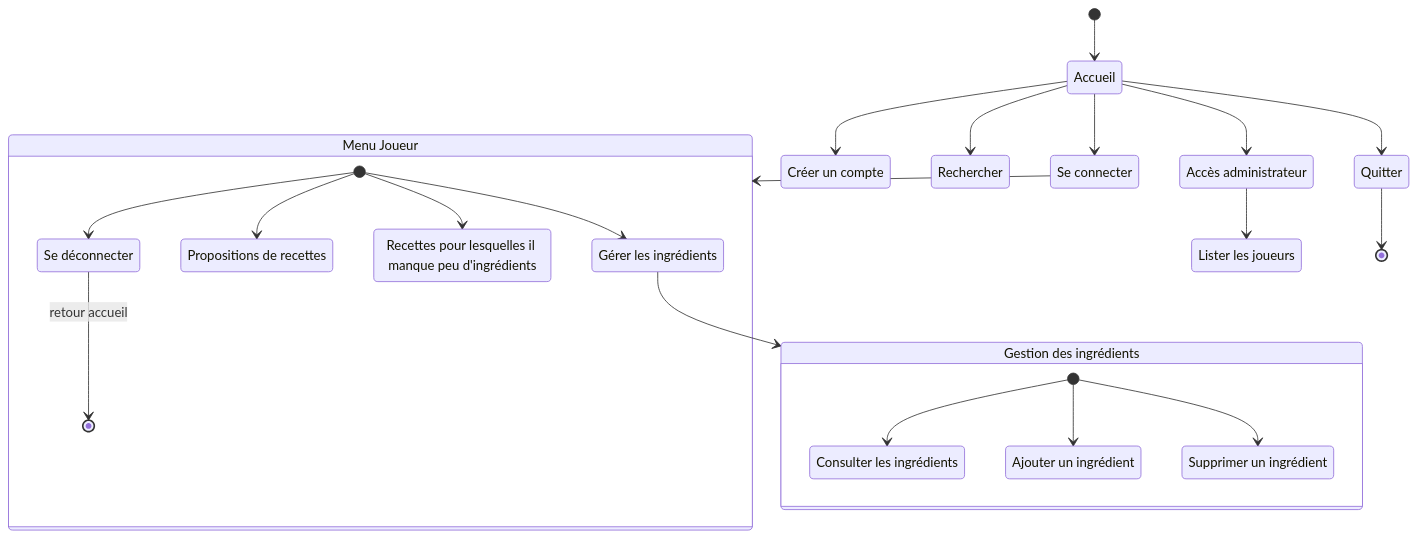
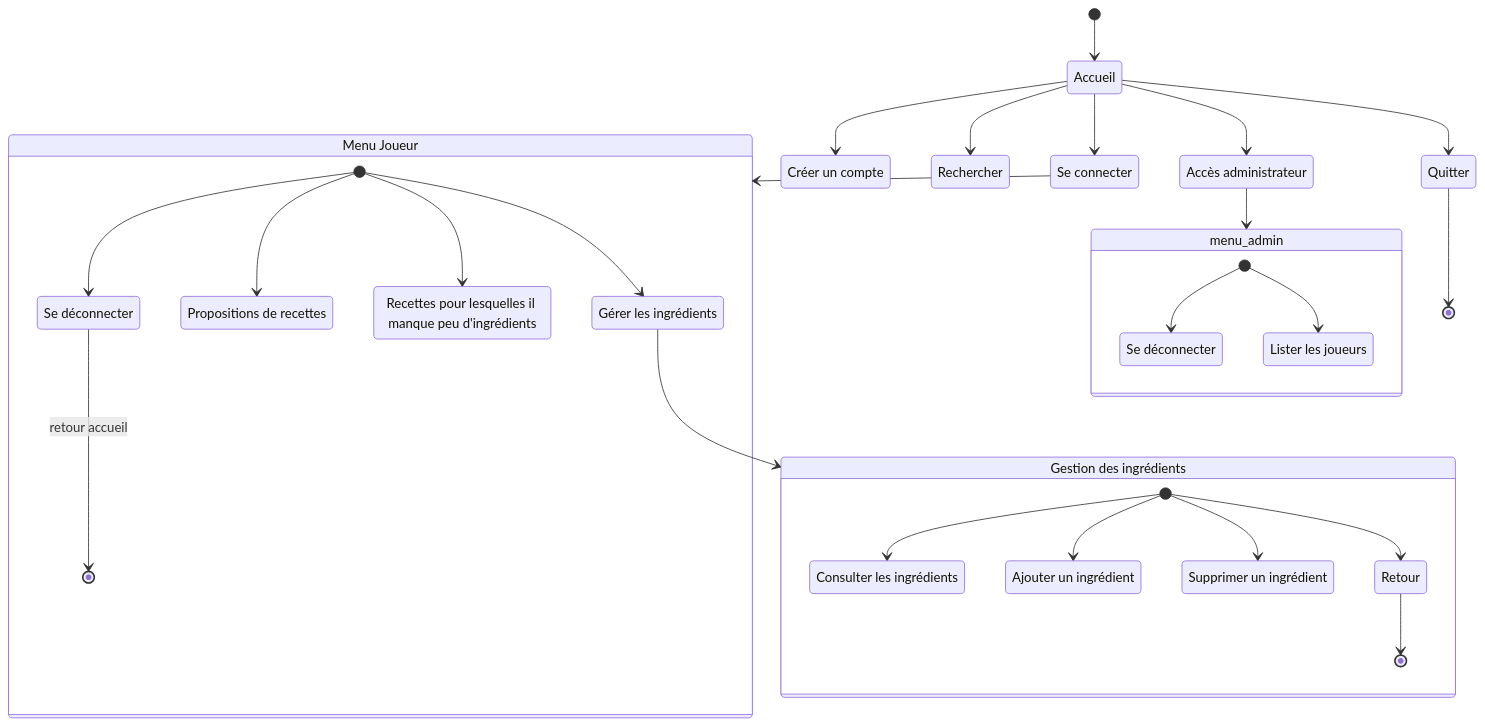
One commit to bbrunel/ENSAI-2A-projet-info changed the diagram in doc/diag_activites.md. Above: the diagram before and after it, drawn with Mermaid.

Commit message:
Modif diag activite

````diff
--- a/doc/diag_activites.md
+++ b/doc/diag_activites.md
@@ -19,49 +19,56 @@
 ```mermaid
 stateDiagram
     login : Se connecter
     menu_joueur : Menu Joueur
     menu_ingr : Gestion des ingrédients
     logon : Créer un compte
     gerer_ingr : Gérer les ingrédients
     Consulter_les_ingrédients : Consulter les ingrédients
     Ajouter_un_ingrédient : Ajouter un ingrédient
     Supprimer_un_ingrédient : Supprimer un ingrédient
     recettes : Propositions de recettes
     rec_ingr_manquant : Recettes pour lesquelles il manque peu d'ingrédients
     logout : Se déconnecter
     admin : Accès administrateur
+    admin_out : Se déconnecter
     list_joueurs : Lister les joueurs
     
     [*] --> Accueil
     
     Accueil --> Rechercher
     
     Accueil --> logon
 
     Accueil --> admin
+    admin --> menu_admin
 
     Accueil --> login
     login --> menu_joueur
     
     Accueil --> Quitter
     Quitter --> [*]
 
-    admin --> list_joueurs
+    state menu_admin {
+      [*] --> list_joueurs
+      [*] --> admin_out
+    }
     
     state menu_joueur {
     	[*] --> gerer_ingr
       [*] --> recettes
       [*] --> rec_ingr_manquant
     	[*] --> logout
       logout --> [*]:retour accueil
     }
 
   gerer_ingr --> menu_ingr
 
     state menu_ingr {
       [*] --> Consulter_les_ingrédients
       [*] --> Ajouter_un_ingrédient
       [*] --> Supprimer_un_ingrédient
+      [*] --> Retour
+      Retour --> [*]
         
     }
 ```
````
